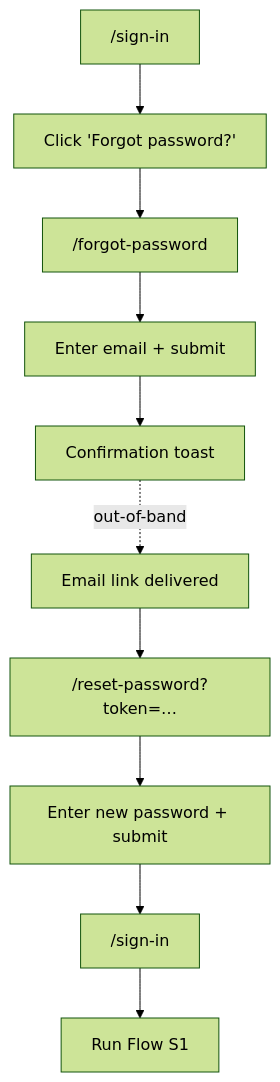
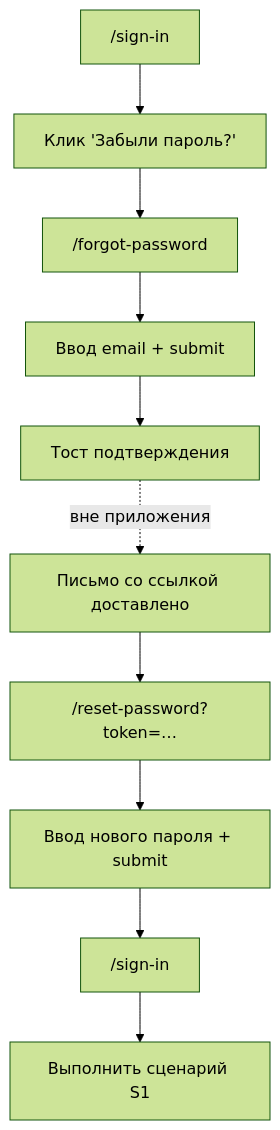
One commit to SardorAllaberganov/unipay-dashboard changed the first of 19 diagrams in docs/USER_FLOWS_BY_ROLE.md. Above: the diagram before and after it, drawn with Mermaid (forest theme). The commit also changed other lines of this file and 1 other file, not shown here.

First line of the commit message:
docs: translate IA + role-flow docs to Russian

````diff
--- a/docs/USER_FLOWS_BY_ROLE.md
+++ b/docs/USER_FLOWS_BY_ROLE.md
@@ -99,12 +99,12 @@
 ```mermaid
 flowchart TD
-  A["/sign-in"] --> B["Click 'Forgot password?'"]
+  A["/sign-in"] --> B["Клик 'Забыли пароль?'"]
   B --> C["/forgot-password"]
-  C --> D[Enter email + submit]
-  D --> E[Confirmation toast]
-  E -.out-of-band.-> F[Email link delivered]
+  C --> D[Ввод email + submit]
+  D --> E[Тост подтверждения]
+  E -. вне приложения .-> F[Письмо со ссылкой доставлено]
   F --> G["/reset-password?token=…"]
-  G --> H[Enter new password + submit]
+  G --> H[Ввод нового пароля + submit]
   H --> I["/sign-in"]
-  I --> J[Run Flow S1]
+  I --> J[Выполнить сценарий S1]
 ```
````
